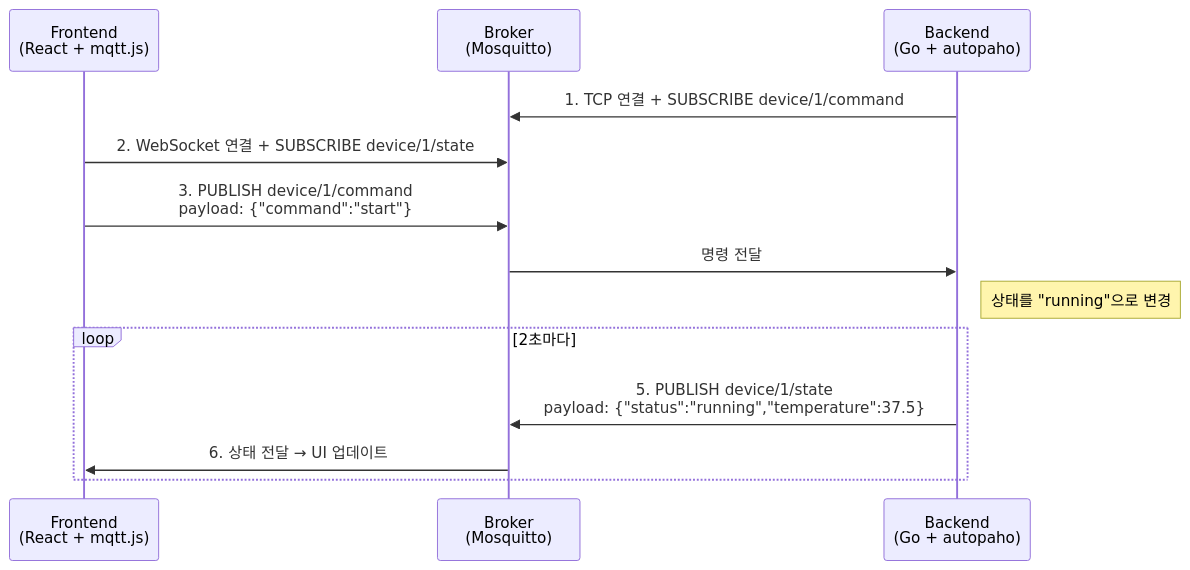
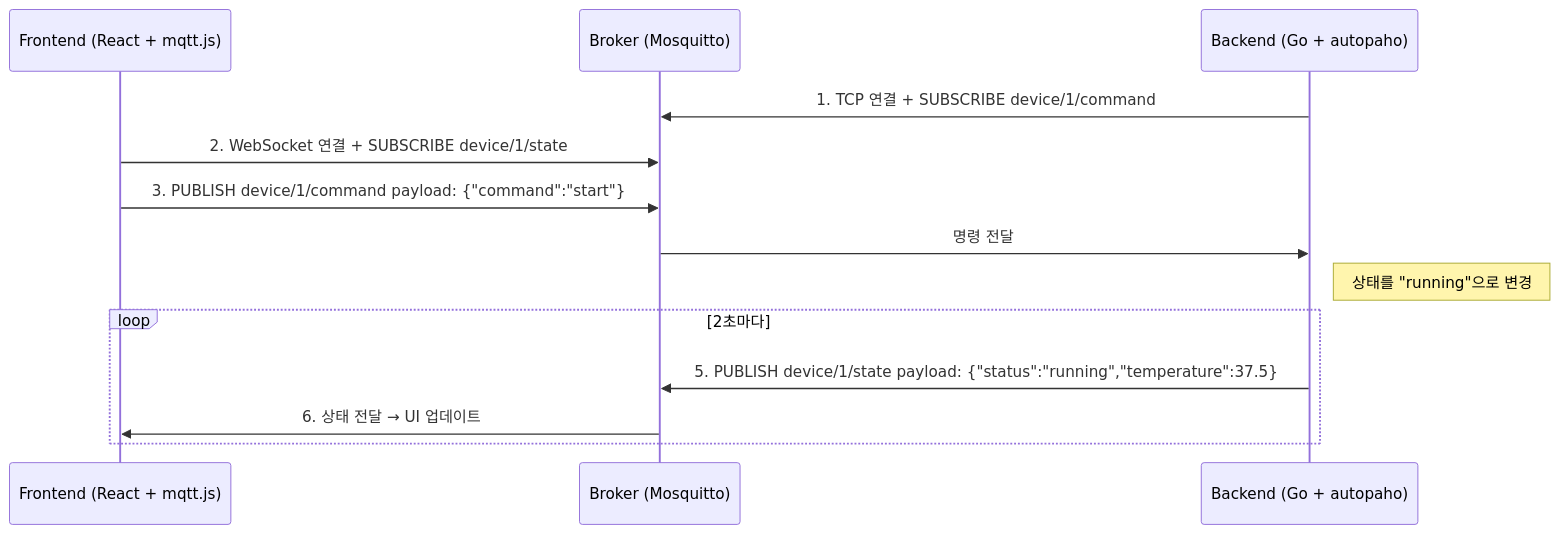
One commit to kenshin579/blog-v2.advenoh.pe.kr changed the second of 2 diagrams in contents/database/mqtt-v5-완벽-가이드-5-go-paho-실전-구현과-운영/index.md. Above: the diagram before and after it, drawn with Mermaid. The commit also changed other lines of this file and 47 other files, not shown here.

````diff
--- a/contents/database/mqtt-v5-완벽-가이드-5-go-paho-실전-구현과-운영/index.md
+++ b/contents/database/mqtt-v5-완벽-가이드-5-go-paho-실전-구현과-운영/index.md
@@ -559,19 +559,19 @@
 ```mermaid
 sequenceDiagram
-    participant F as Frontend<br/>(React + mqtt.js)
-    participant B as Broker<br/>(Mosquitto)
-    participant G as Backend<br/>(Go + autopaho)
+    participant F as Frontend (React + mqtt.js)
+    participant B as Broker (Mosquitto)
+    participant G as Backend (Go + autopaho)
 
     G->>B: 1. TCP 연결 + SUBSCRIBE device/1/command
     F->>B: 2. WebSocket 연결 + SUBSCRIBE device/1/state
 
-    F->>B: 3. PUBLISH device/1/command<br/>payload: {"command":"start"}
+    F->>B: 3. PUBLISH device/1/command payload: {"command":"start"}
     B->>G: 명령 전달
 
     Note right of G: 상태를 "running"으로 변경
 
     loop 2초마다
-        G->>B: 5. PUBLISH device/1/state<br/>payload: {"status":"running","temperature":37.5}
+        G->>B: 5. PUBLISH device/1/state payload: {"status":"running","temperature":37.5}
         B->>F: 6. 상태 전달 → UI 업데이트
     end
 ```
````
